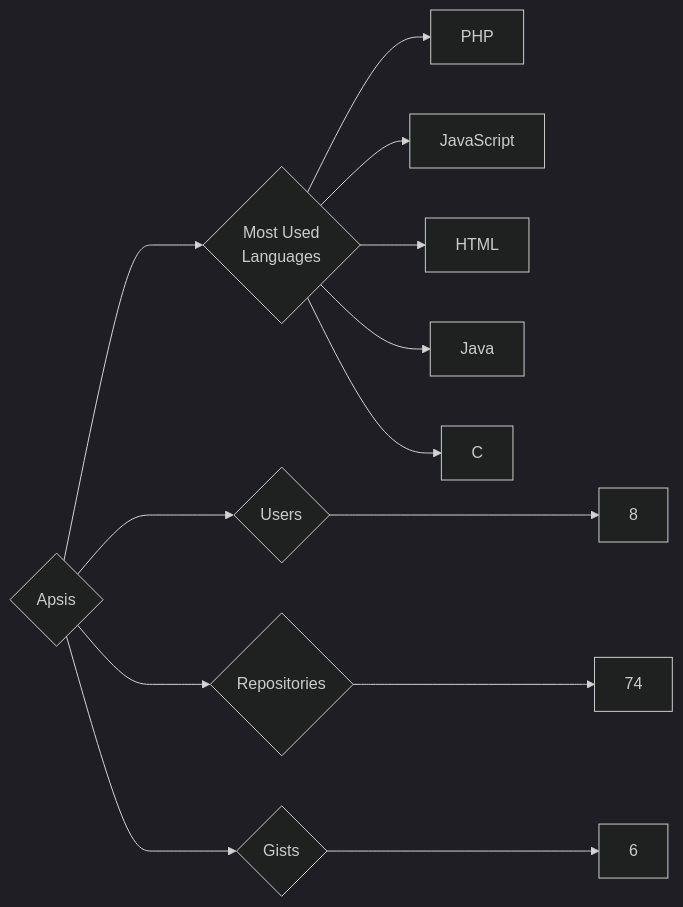
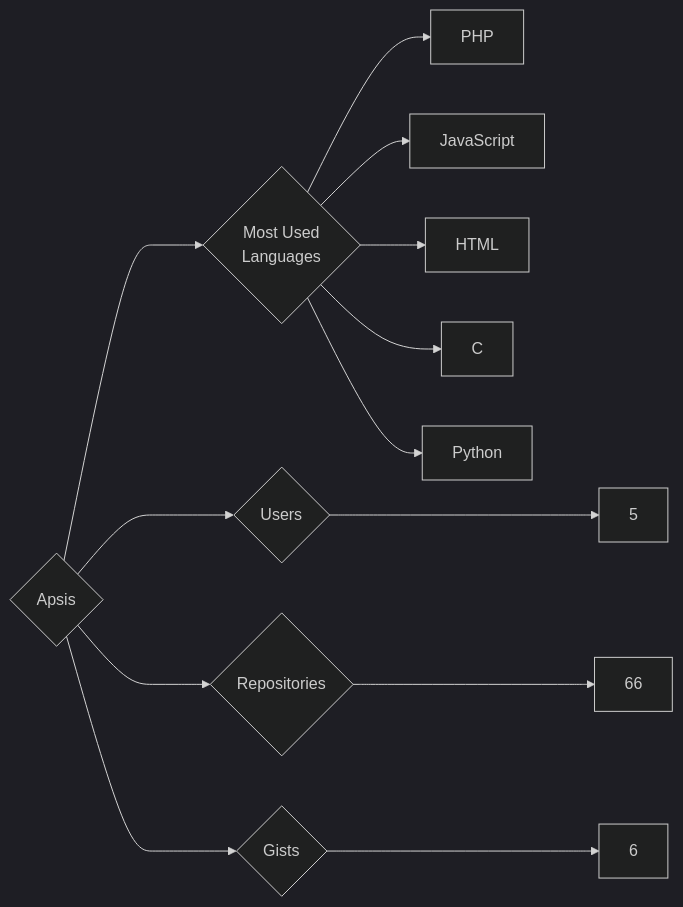
Before and after one commit to trickest/insiders: the diagram in targets/Apsis/README.md, drawn with Mermaid (dark theme). The commit also changed 938 other files, not shown here.

````diff
--- a/targets/Apsis/README.md
+++ b/targets/Apsis/README.md
@@ -3,13 +3,13 @@
 ```mermaid
 graph LR
 COMPANY_NAME{Apsis}
-COMPANY_NAME ---> U{Users} ---> UN[8]
-COMPANY_NAME ---> R{Repositories} ---> RN[74]
+COMPANY_NAME ---> U{Users} ---> UN[5]
+COMPANY_NAME ---> R{Repositories} ---> RN[66]
 COMPANY_NAME ---> G{Gists} ---> GN[6]
 COMPANY_NAME ---> ML{Most Used<br>Languages}
 ML --> PHP[PHP]
 ML --> JavaScript[JavaScript]
 ML --> HTML[HTML]
-ML --> Java[Java]
 ML --> C[C]
+ML --> Python[Python]
 ```
````
